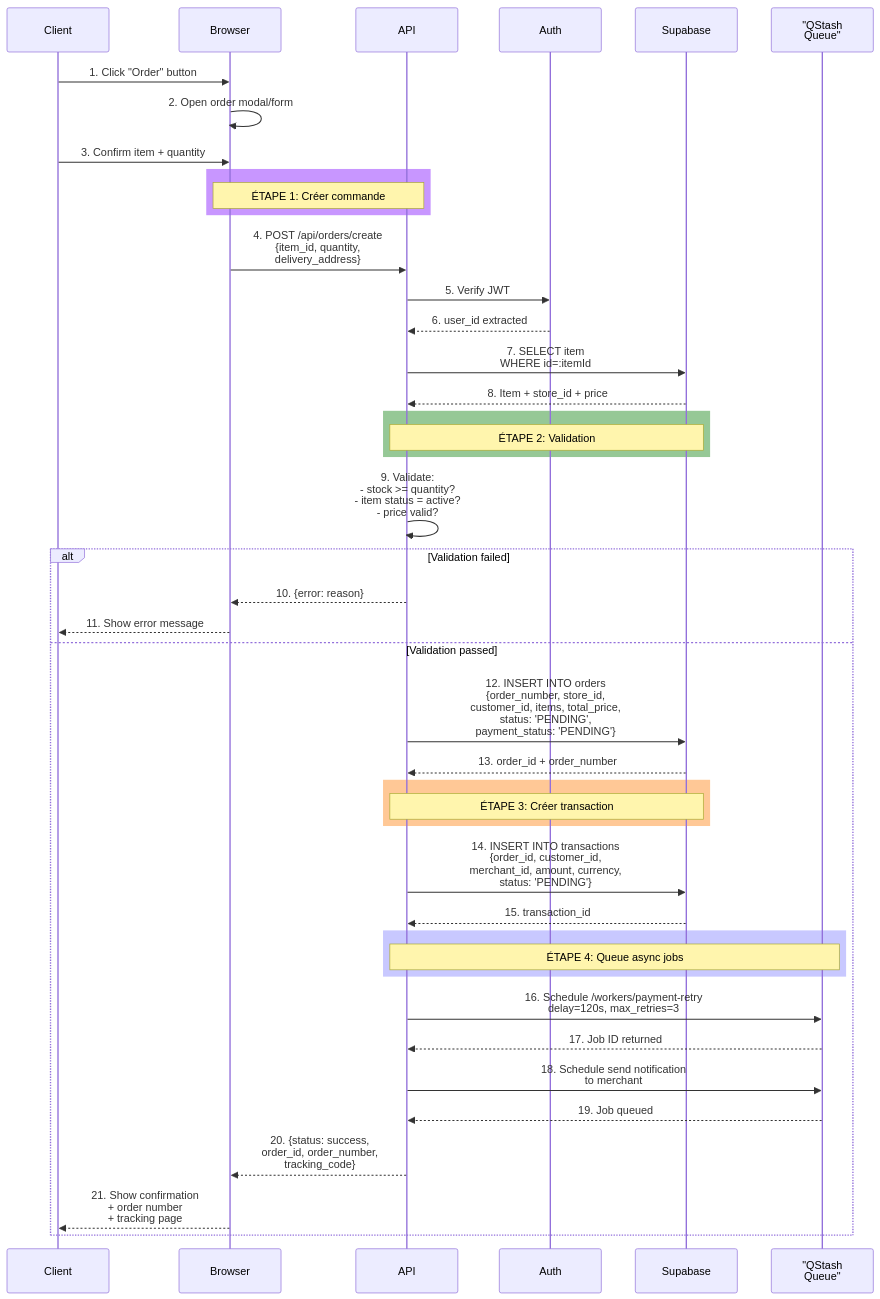
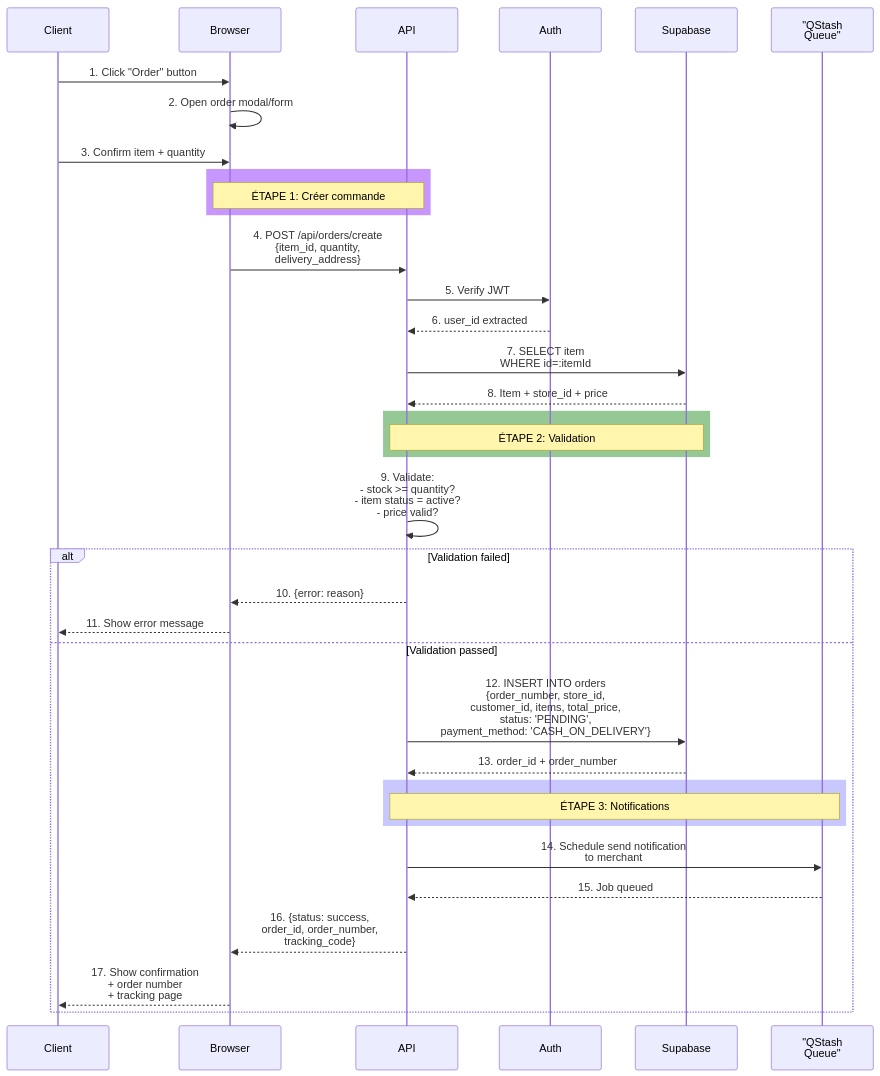
The fifth of 28 diagrams in SEQUENCE_DIAGRAMS_ALL_FEATURES.md (Abderrahmen1111/private-PFE-repos), drawn with Mermaid before and after one commit. The commit also changed other lines of this file and 25 other files, not shown here.

````diff
--- a/SEQUENCE_DIAGRAMS_ALL_FEATURES.md
+++ b/SEQUENCE_DIAGRAMS_ALL_FEATURES.md
@@ -292,60 +300,50 @@
 ```mermaid
 sequenceDiagram
     participant Client
     participant Browser
     participant API
     participant Auth
     participant Supabase
     participant QStash as "QStash<br/>Queue"
 
     Client->>Browser: 1. Click "Order" button
     Browser->>Browser: 2. Open order modal/form
     Client->>Browser: 3. Confirm item + quantity
     
     rect rgb(200, 150, 255)
         Note over Browser,API: ÉTAPE 1: Créer commande
     end
     
     Browser->>API: 4. POST /api/orders/create<br/>{item_id, quantity,<br/>delivery_address}
     
     API->>Auth: 5. Verify JWT
     Auth-->>API: 6. user_id extracted
     
     API->>Supabase: 7. SELECT item<br/>WHERE id=:itemId
     Supabase-->>API: 8. Item + store_id + price
     
     rect rgb(150, 200, 150)
         Note over API,Supabase: ÉTAPE 2: Validation
     end
     
     API->>API: 9. Validate:<br/>- stock >= quantity?<br/>- item status = active?<br/>- price valid?
     
     alt Validation failed
         API-->>Browser: 10. {error: reason}
         Browser-->>Client: 11. Show error message
     else Validation passed
-        API->>Supabase: 12. INSERT INTO orders<br/>{order_number, store_id,<br/>customer_id, items, total_price,<br/>status: 'PENDING',<br/>payment_status: 'PENDING'}
+        API->>Supabase: 12. INSERT INTO orders<br/>{order_number, store_id,<br/>customer_id, items, total_price,<br/>status: 'PENDING',<br/>payment_method: 'CASH_ON_DELIVERY'}
         Supabase-->>API: 13. order_id + order_number
         
-        rect rgb(255, 200, 150)
-            Note over API,Supabase: ÉTAPE 3: Créer transaction
+        rect rgb(200, 200, 255)
+            Note over API,QStash: ÉTAPE 3: Notifications
         end
         
-        API->>Supabase: 14. INSERT INTO transactions<br/>{order_id, customer_id,<br/>merchant_id, amount, currency,<br/>status: 'PENDING'}
-        Supabase-->>API: 15. transaction_id
+        API->>QStash: 14. Schedule send notification<br/>to merchant
+        QStash-->>API: 15. Job queued
         
-        rect rgb(200, 200, 255)
-            Note over API,QStash: ÉTAPE 4: Queue async jobs
-        end
+        API-->>Browser: 16. {status: success,<br/>order_id, order_number,<br/>tracking_code}
         
-        API->>QStash: 16. Schedule /workers/payment-retry<br/>delay=120s, max_retries=3
-        QStash-->>API: 17. Job ID returned
-        
-        API->>QStash: 18. Schedule send notification<br/>to merchant
-        QStash-->>API: 19. Job queued
-        
-        API-->>Browser: 20. {status: success,<br/>order_id, order_number,<br/>tracking_code}
-        
-        Browser-->>Client: 21. Show confirmation<br/>+ order number<br/>+ tracking page
+        Browser-->>Client: 17. Show confirmation<br/>+ order number<br/>+ tracking page
     end
 ```
````
